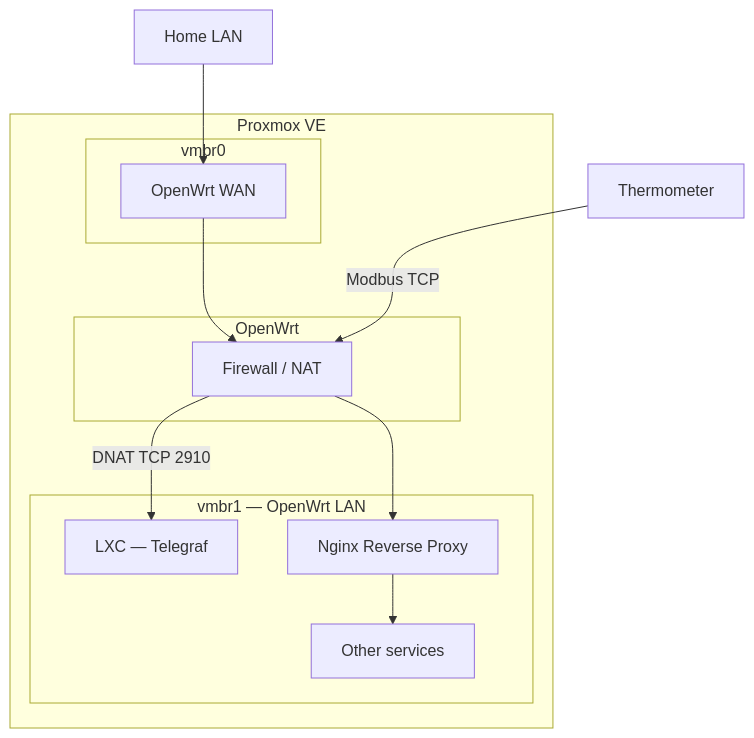
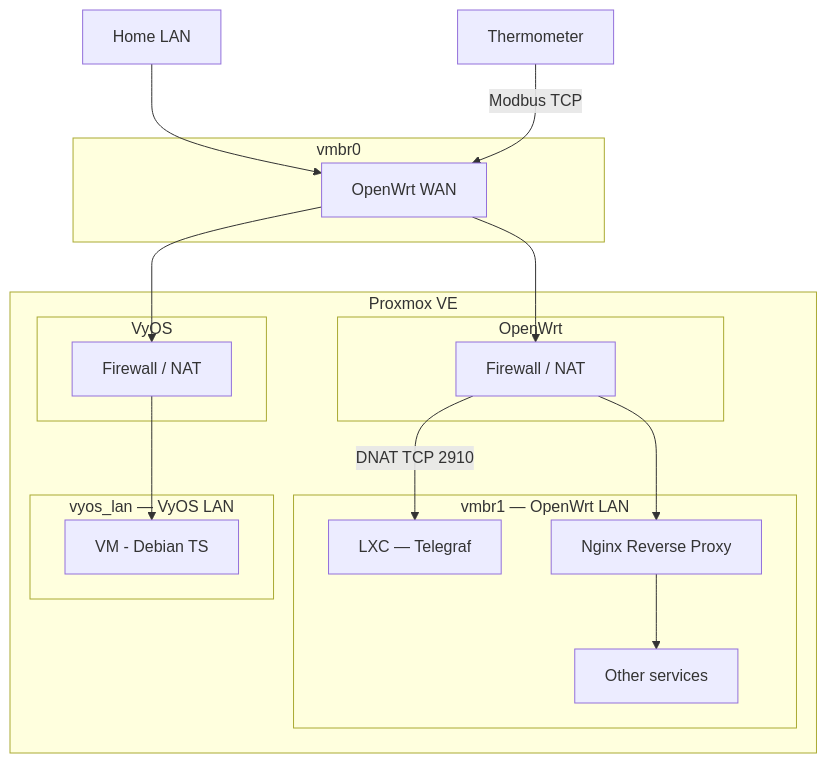
The diagram in proxmox-virtuaization-lab/docs/infrastructure/Network.md (mgp944/homelab), drawn with Mermaid before and after one commit. The commit also changed 10 other files, not shown here.

````diff
--- a/proxmox-virtuaization-lab/docs/infrastructure/Network.md
+++ b/proxmox-virtuaization-lab/docs/infrastructure/Network.md
@@ -10,29 +10,47 @@
 ```mermaid
 flowchart TB
     SENSOR["Thermometer"]
     HOME["Home LAN"]
 
+    subgraph WAN["vmbr0"]
+      OW_WAN["OpenWrt WAN"]
+    end
+
+
     subgraph PVE["Proxmox VE"]
-        subgraph WAN["vmbr0"]
-            OW_WAN["OpenWrt WAN"]
-        end
 
         subgraph ROUTER["OpenWrt"]
             OW_FW["Firewall / NAT"]
         end
 
-        subgraph LAN["vmbr1 — OpenWrt LAN"]
+        subgraph ROUTER2["VyOS"]
+            OW_FW2["Firewall / NAT"]
+        end
+
+
+        subgraph LAN2["vmbr1 — OpenWrt LAN"]
             TLG["LXC — Telegraf"]
             SERVICES["Other services"]
             NGINX["Nginx Reverse Proxy"]
         end
+        
+        subgraph LAN3["vyos_lan — VyOS LAN"]
+            VMD["VM - Debian TS"]
+        end
+        
+        
+        
     end
+    
 
     HOME --> OW_WAN
     OW_WAN --> OW_FW
+    OW_WAN --> OW_FW2
     OW_FW -->|"DNAT TCP 2910"| TLG
     OW_FW --> NGINX
     NGINX --> SERVICES
-    SENSOR -->|"Modbus TCP"| OW_FW
+    OW_FW2 --> VMD
+    SENSOR -->|"Modbus TCP"| OW_WAN
+    
 
 ```
````
